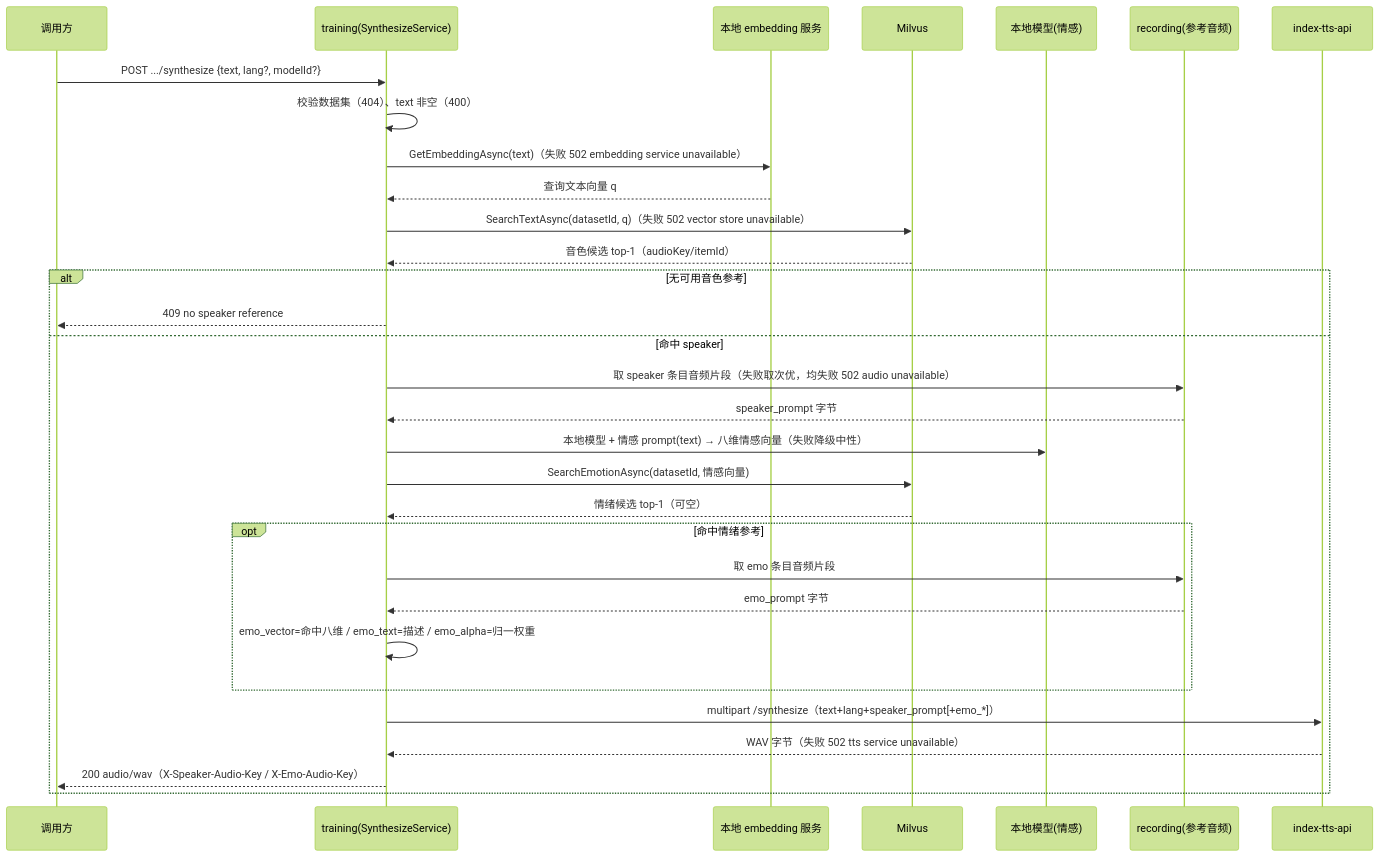
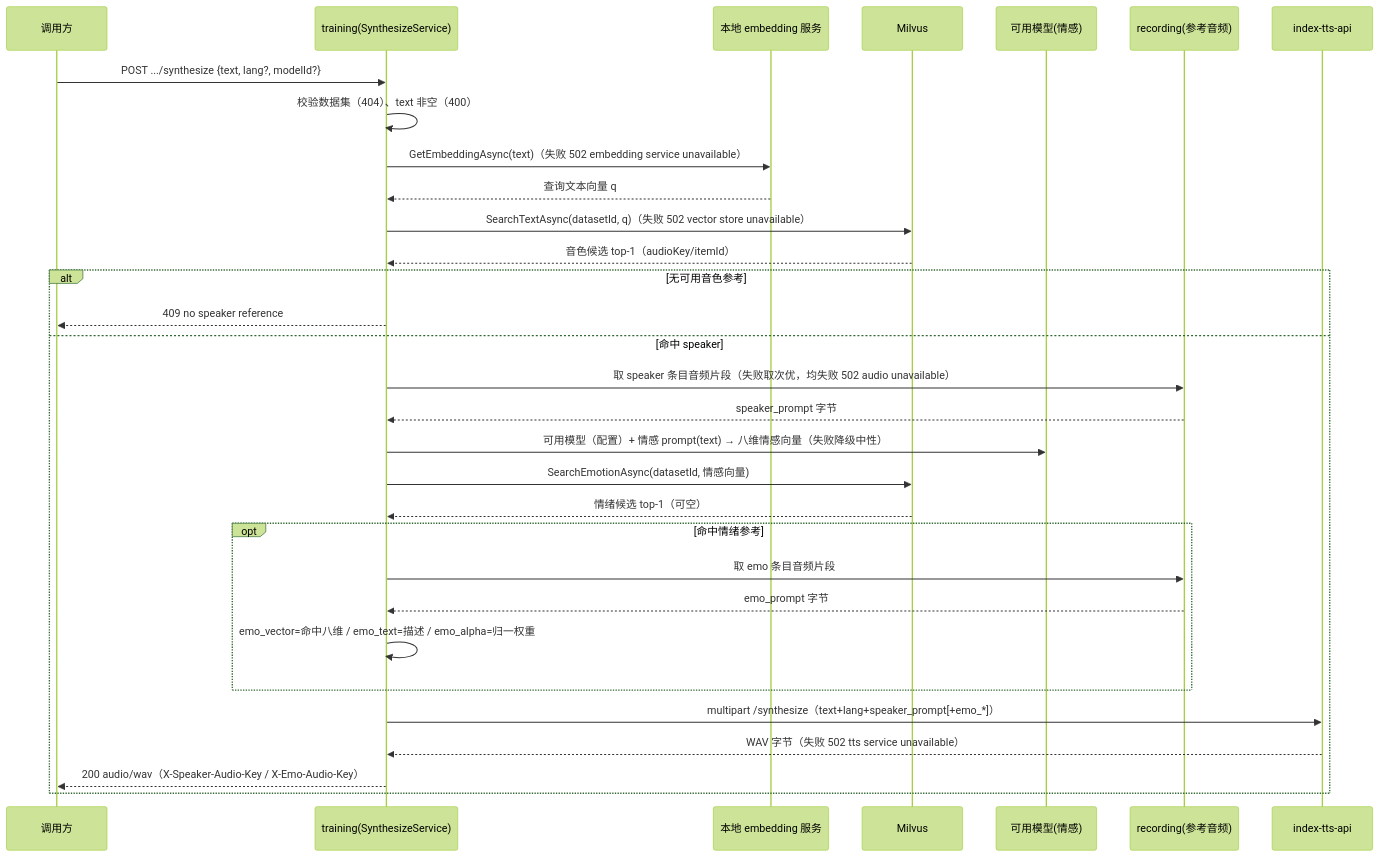
One commit to Deliay/z-vtuber changed the second of 3 diagrams in docs/engineering/proposals/20260929-proposal-training-audio-synthesize.md. Above: the diagram before and after it, drawn with Mermaid (forest theme). The commit also changed other lines of this file and 1 other file, not shown here.

````diff
--- a/docs/engineering/proposals/20260929-proposal-training-audio-synthesize.md
+++ b/docs/engineering/proposals/20260929-proposal-training-audio-synthesize.md
@@ -219,34 +220,34 @@
 ```mermaid
 sequenceDiagram
     participant C as 调用方
     participant T as training(SynthesizeService)
     participant E as 本地 embedding 服务
     participant V as Milvus
-    participant L as 本地模型(情感)
+    participant L as 可用模型(情感)
     participant R as recording(参考音频)
     participant S as index-tts-api
 
     C->>T: POST .../synthesize {text, lang?, modelId?}
     T->>T: 校验数据集（404）、text 非空（400）
     T->>E: GetEmbeddingAsync(text)（失败 502 embedding service unavailable）
     E-->>T: 查询文本向量 q
     T->>V: SearchTextAsync(datasetId, q)（失败 502 vector store unavailable）
     V-->>T: 音色候选 top-1（audioKey/itemId）
     alt 无可用音色参考
         T-->>C: 409 no speaker reference
     else 命中 speaker
         T->>R: 取 speaker 条目音频片段（失败取次优，均失败 502 audio unavailable）
         R-->>T: speaker_prompt 字节
-        T->>L: 本地模型 + 情感 prompt(text) → 八维情感向量（失败降级中性）
+        T->>L: 可用模型（配置）+ 情感 prompt(text) → 八维情感向量（失败降级中性）
         T->>V: SearchEmotionAsync(datasetId, 情感向量)
         V-->>T: 情绪候选 top-1（可空）
         opt 命中情绪参考
             T->>R: 取 emo 条目音频片段
             R-->>T: emo_prompt 字节
             T->>T: emo_vector=命中八维 / emo_text=描述 / emo_alpha=归一权重
         end
         T->>S: multipart /synthesize（text+lang+speaker_prompt[+emo_*]）
         S-->>T: WAV 字节（失败 502 tts service unavailable）
         T-->>C: 200 audio/wav（X-Speaker-Audio-Key / X-Emo-Audio-Key）
     end
 ```
````
